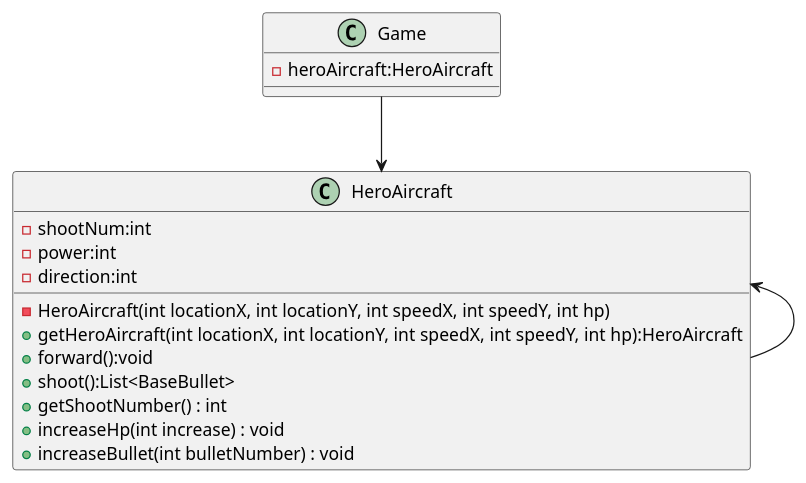
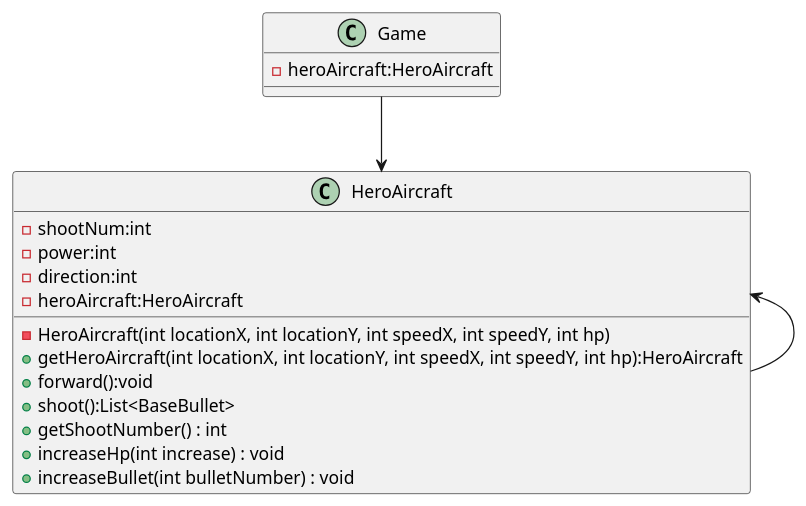
One commit to asdf1229qwq/AircraftWar changed the diagram in uml/HeroAircraft_SingletonMode.puml. Above: the diagram before and after it, drawn with PlantUML.

Commit message:
修改了单例模式的uml类图

```diff
--- a/uml/HeroAircraft_SingletonMode.puml
+++ b/uml/HeroAircraft_SingletonMode.puml
@@ -1,25 +1,26 @@
 @startuml
 'https://plantuml.com/class-diagram
 
 
 Game --> HeroAircraft
 
 class Game{
     - heroAircraft:HeroAircraft
 }
 
 class HeroAircraft {
     - shootNum:int
     - power:int
     - direction:int
+    - heroAircraft:HeroAircraft
     - HeroAircraft(int locationX, int locationY, int speedX, int speedY, int hp)
     + getHeroAircraft(int locationX, int locationY, int speedX, int speedY, int hp):HeroAircraft
     + forward():void
     + shoot():List<BaseBullet>
     + getShootNumber() : int
     + increaseHp(int increase) : void
     + increaseBullet(int bulletNumber) : void
 }
 
 HeroAircraft <-- HeroAircraft
 @enduml
```
